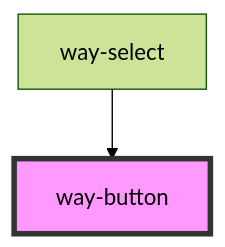
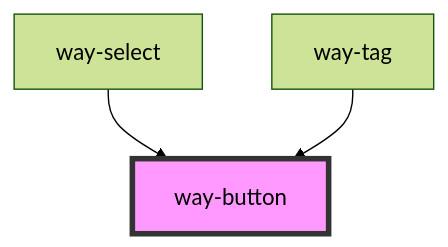
One commit to paqtcom/graphite-design-system changed the diagram in packages/core/src/components/way-button/readme.md. Above: the diagram before and after it, drawn with Mermaid (forest theme). The commit also changed other lines of this file and 22 other files, not shown here.

````diff
--- a/packages/core/src/components/way-button/readme.md
+++ b/packages/core/src/components/way-button/readme.md
@@ -70,5 +72,6 @@
 ```mermaid
 graph TD;
   way-select --> way-button
+  way-tag --> way-button
   style way-button fill:#f9f,stroke:#333,stroke-width:4px
 ```
````
